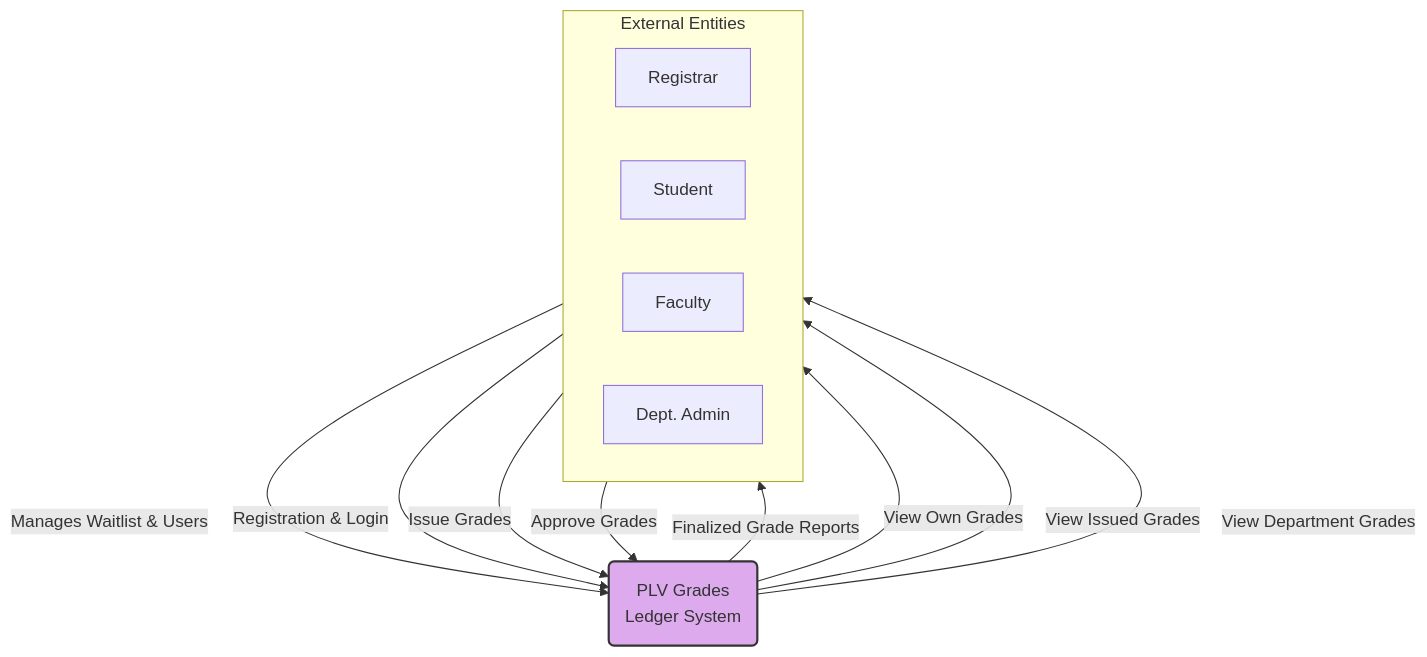
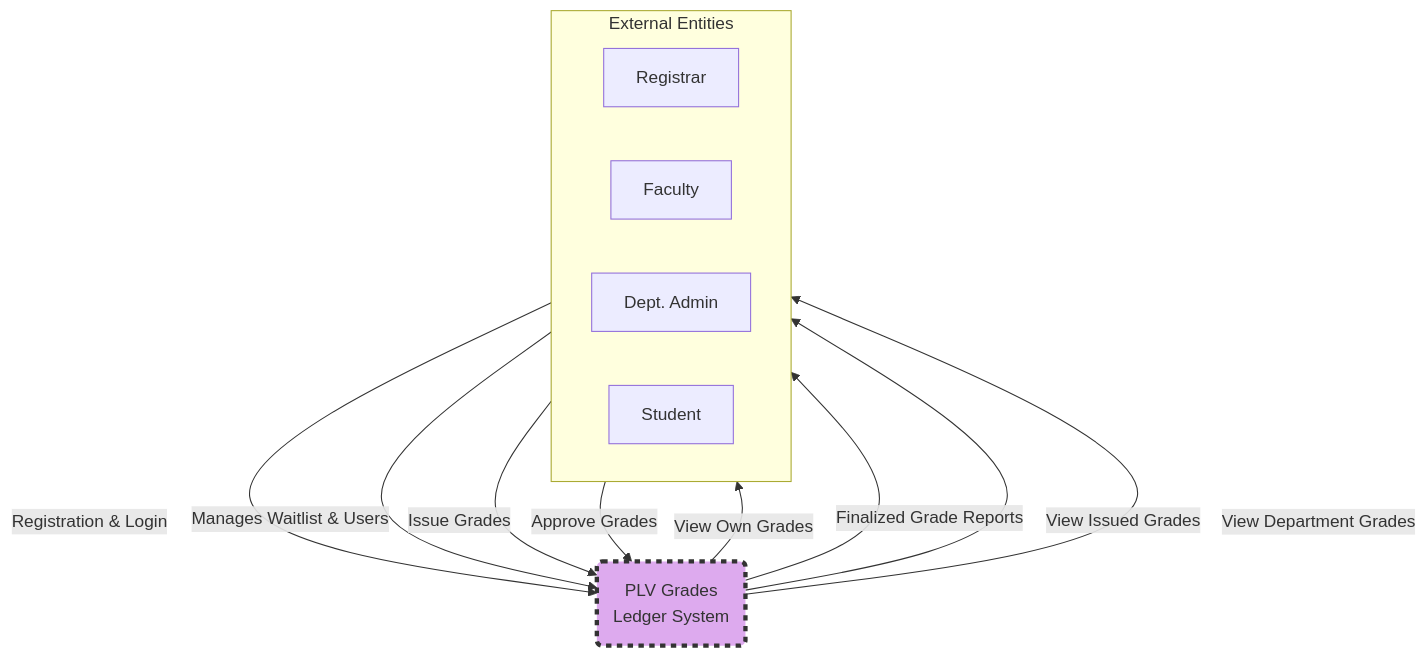
The second of 6 diagrams in Guide.md (Pat-asc/Capstone-Project-BlockChain-BlockGo), drawn with Mermaid before and after one commit. The commit also changed other lines of this file, not shown here.

````diff
--- a/Guide.md
+++ b/Guide.md
@@ -88,26 +93,26 @@
 ```mermaid
 graph TD
     subgraph "External Entities"
         direction LR
         E1[<fa:fa-user-tie> Registrar]
-        E2[<fa:fa-user-graduate> Student]
         E3[<fa:fa-chalkboard-teacher> Faculty]
         E4[<fa:fa-user-shield> Dept. Admin]
+        E2[<fa:fa-user-graduate> Student]
     end
 
     P0("PLV Grades<br>Ledger System")
 
+    E2 -- "Registration & Login" --> P0
+    P0 -- "View Own Grades" --> E2
+
     E1 -- "Manages Waitlist & Users" --> P0
     P0 -- "Finalized Grade Reports" --> E1
-
-    E2 -- "Registration & Login" --> P0
-    P0 -- "View Own Grades" --> E2
 
     E3 -- "Issue Grades" --> P0
     P0 -- "View Issued Grades" --> E3
 
     E4 -- "Approve Grades" --> P0
     P0 -- "View Department Grades" --> E4
 
-    style P0 fill:#dae,stroke:#333,stroke-width:2px
+    style P0 fill:#dae,stroke:#333,stroke-width:4px,stroke-dasharray: 5 5
 ```
````
